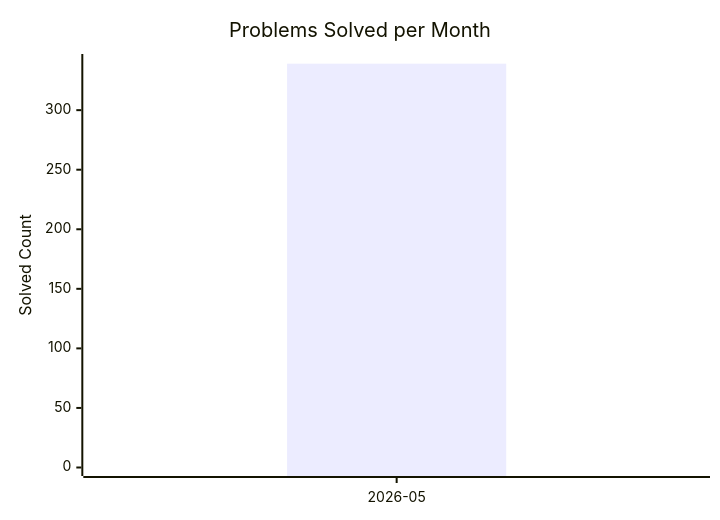
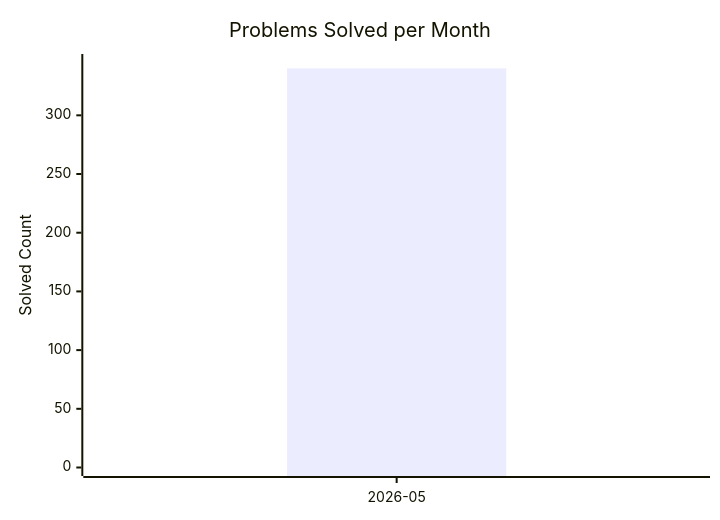
The diagram in dashboard.md (AdityaPandey-DEV/CP-Progress-Sync), drawn with Mermaid before and after one commit. The commit also changed other lines of this file, not shown here.

Commit message:
Auto-update CP dashboard [skip ci]

````diff
--- a/dashboard.md
+++ b/dashboard.md
@@ -8,8 +8,8 @@
 ```mermaid
 xychart-beta
     title "Problems Solved per Month"
     x-axis ["2026-05"]
-    y-axis "Solved Count" 0 --> 340
-    bar [339]
-    line [339]
+    y-axis "Solved Count" 0 --> 345
+    bar [340]
+    line [340]
 ```
````
